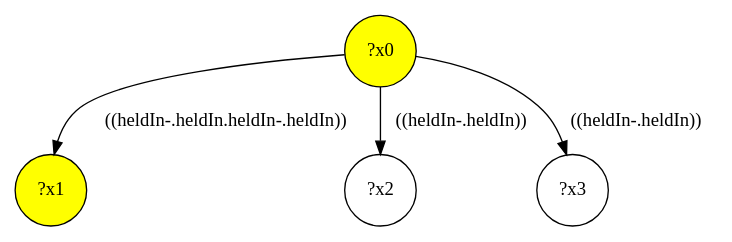
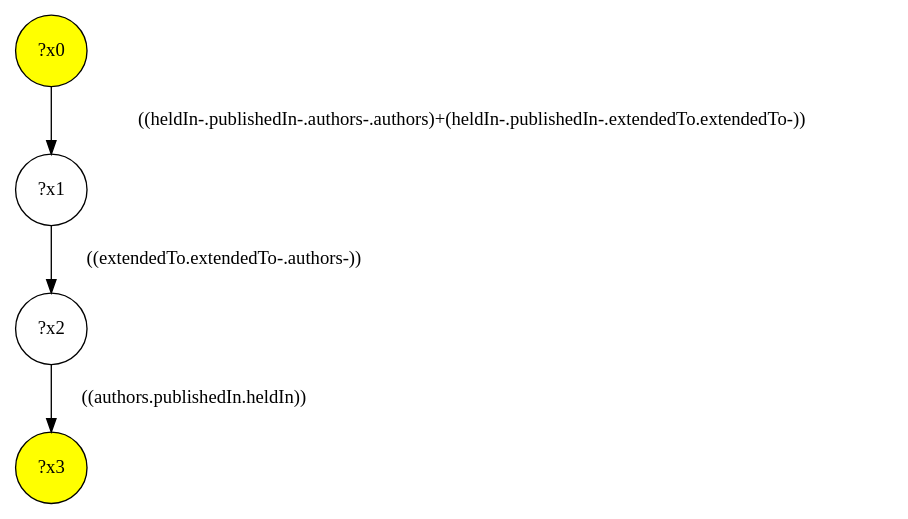
Before and after one commit to gbagan/gmark: the diagram in demo/test-a/test-a-interface/query-5.dot, drawn with Graphviz. The commit also changed 1061 other files, not shown here.

```diff
--- a/demo/test-a/test-a-interface/query-5.dot
+++ b/demo/test-a/test-a-interface/query-5.dot
@@ -1,9 +1,9 @@
 digraph g {
 	x0 [fillcolor="yellow", style="filled," shape=circle, label="?x0"];
-	x1 [fillcolor="yellow", style="filled," shape=circle, label="?x1"];
-	x0 -> x1 [label="((heldIn-.heldIn.heldIn-.heldIn))"];
+	x3 [fillcolor="yellow", style="filled," shape=circle, label="?x3"];
+	x1 [shape=circle, label="?x1"];
+	x0 -> x1 [label="((heldIn-.publishedIn-.authors-.authors)+(heldIn-.publishedIn-.extendedTo.extendedTo-))"];
 	x2 [shape=circle, label="?x2"];
-	x0 -> x2 [label="((heldIn-.heldIn))"];
-	x3 [shape=circle, label="?x3"];
-	x0 -> x3 [label="((heldIn-.heldIn))"];
+	x1 -> x2 [label="((extendedTo.extendedTo-.authors-))"];
+	x2 -> x3 [label="((authors.publishedIn.heldIn))"];
 }
```
